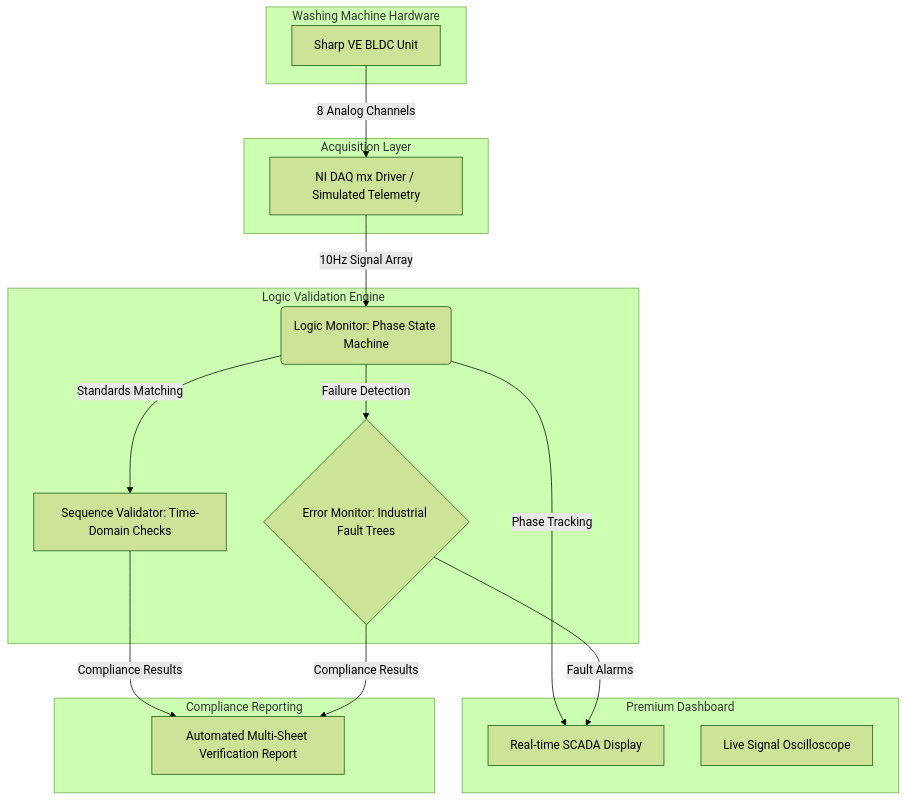
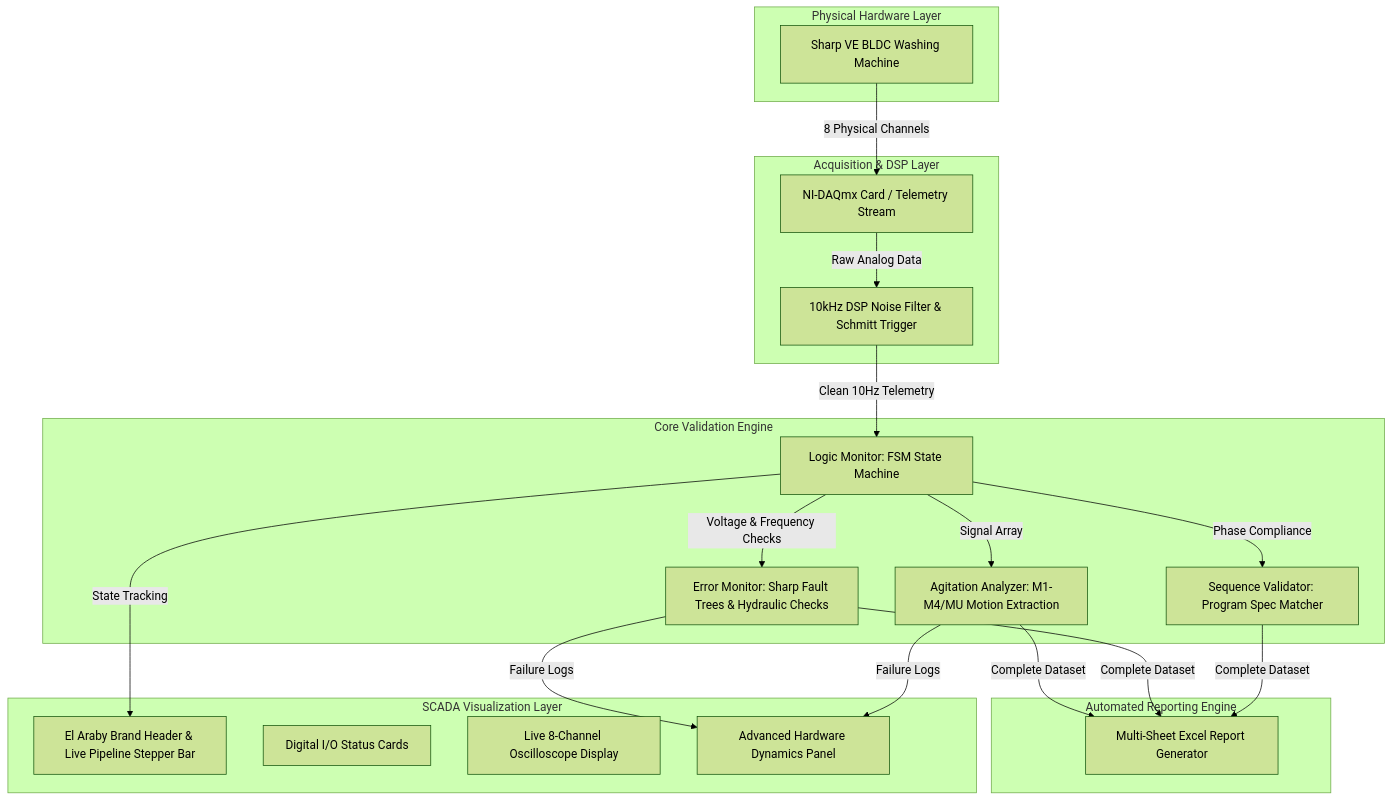
One commit to ziademad02153/Sharp-VE-BLDC--app-v2 changed the first of 2 diagrams in README.md. Above: the diagram before and after it, drawn with Mermaid (forest theme). The commit also changed other lines of this file, not shown here.

Commit message:
docs: Update README.md with professional engineering architecture, Mermaid flowcharts, and Ziad Emad Allam R&D lead credit

````diff
--- a/README.md
+++ b/README.md
@@ -19,33 +28,39 @@
 ```mermaid
 graph TD
-    subgraph Machine[Washing Machine Hardware]
-        HW[Sharp VE BLDC Unit]
+    subgraph Hardware[Physical Hardware Layer]
+        WM[Sharp VE BLDC Washing Machine]
     end
 
-    subgraph DAQ[Acquisition Layer]
-        NI[NI DAQ mx Driver / Simulated Telemetry]
+    subgraph DAQ[Acquisition & DSP Layer]
+        NI[NI-DAQmx Card / Telemetry Stream]
+        DSP[10kHz DSP Noise Filter & Schmitt Trigger]
     end
     
-    subgraph Core[Logic Validation Engine]
-        LM(Logic Monitor: Phase State Machine)
-        SV[Sequence Validator: Time-Domain Checks]
-        EM{Error Monitor: Industrial Fault Trees}
+    subgraph Core[Core Validation Engine]
+        LM[Logic Monitor: FSM State Machine]
+        AA[Agitation Analyzer: M1-M4/MU Motion Extraction]
+        SV[Sequence Validator: Program Spec Matcher]
+        EM[Error Monitor: Sharp Fault Trees & Hydraulic Checks]
     end
     
-    subgraph UI[Premium Dashboard]
-        Dashboard[Real-time SCADA Display]
-        Plot[Live Signal Oscilloscope]
+    subgraph UI[SCADA Visualization Layer]
+        Header[El Araby Brand Header & Live Pipeline Stepper Bar]
+        Cards[Digital I/O Status Cards]
+        Scope[Live 8-Channel Oscilloscope Display]
+        Adv[Advanced Hardware Dynamics Panel]
     end
     
-    subgraph Output[Compliance Reporting]
-        Excel[Automated Multi-Sheet Verification Report]
+    subgraph Output[Automated Reporting Engine]
+        Excel[Multi-Sheet Excel Report Generator]
     end
 
-    HW -- 8 Analog Channels --> NI
-    NI -- 10Hz Signal Array --> LM
-    LM -- Phase Tracking --> Dashboard
-    LM -- Standards Matching --> SV
-    LM -- Failure Detection --> EM
-    EM -- Fault Alarms --> Dashboard
-    SV & EM -- Compliance Results --> Excel
+    WM -- 8 Physical Channels --> NI
+    NI -- Raw Analog Data --> DSP
+    DSP -- Clean 10Hz Telemetry --> LM
+    LM -- Signal Array --> AA
+    LM -- State Tracking --> Header
+    LM -- Phase Compliance --> SV
+    LM -- Voltage & Frequency Checks --> EM
+    AA & EM -- Failure Logs --> Adv
+    SV & EM & AA -- Complete Dataset --> Excel
 ```
````
